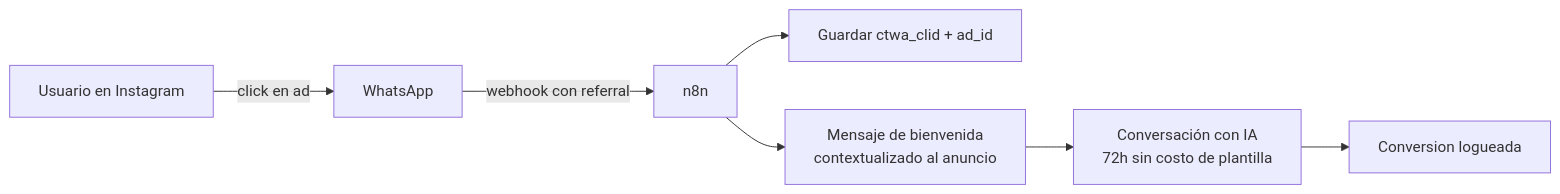
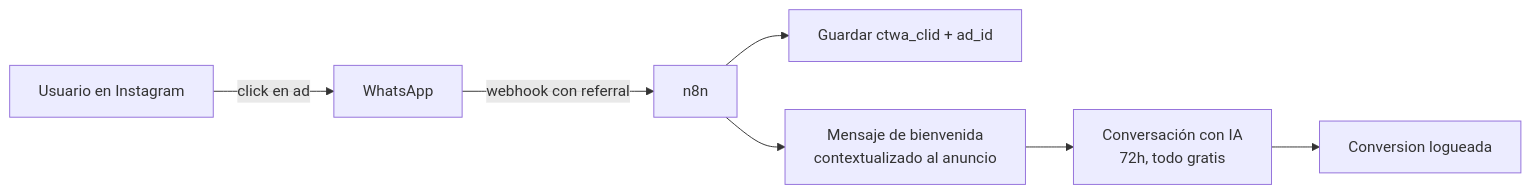
Before and after one commit to mentorcx/whatsapp-api: the diagram in 06-politicas-y-calidad/free-entry-points.md, drawn with Mermaid. The commit also changed other lines of this file and 25 other files, not shown here.

````diff
--- a/06-politicas-y-calidad/free-entry-points.md
+++ b/06-politicas-y-calidad/free-entry-points.md
@@ -85,10 +86,10 @@
 ```mermaid
 flowchart LR
   USER[Usuario en Instagram]
   USER -->|click en ad| WA[WhatsApp]
   WA -->|webhook con referral| N8N[n8n]
   N8N --> SAVE[Guardar ctwa_clid + ad_id]
   N8N --> WELCOME[Mensaje de bienvenida<br/>contextualizado al anuncio]
-  WELCOME --> CONVO[Conversación con IA<br/>72h sin costo de plantilla]
+  WELCOME --> CONVO[Conversación con IA<br/>72h, todo gratis]
   CONVO --> CONV[Conversion logueada]
 ```
````
